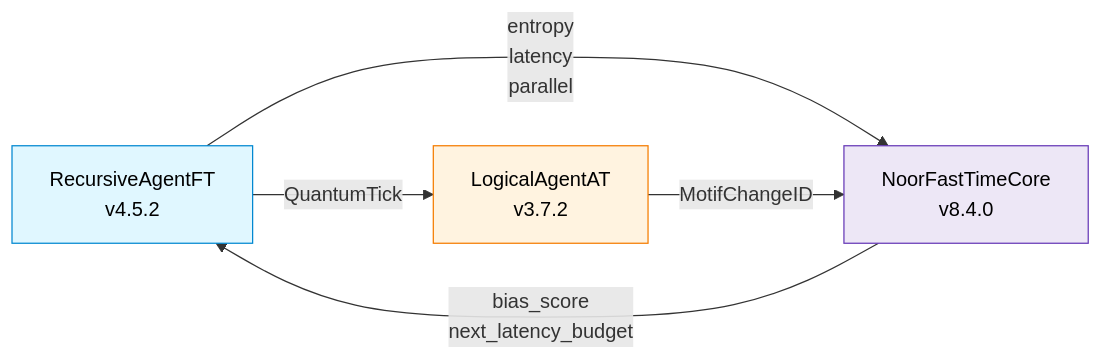
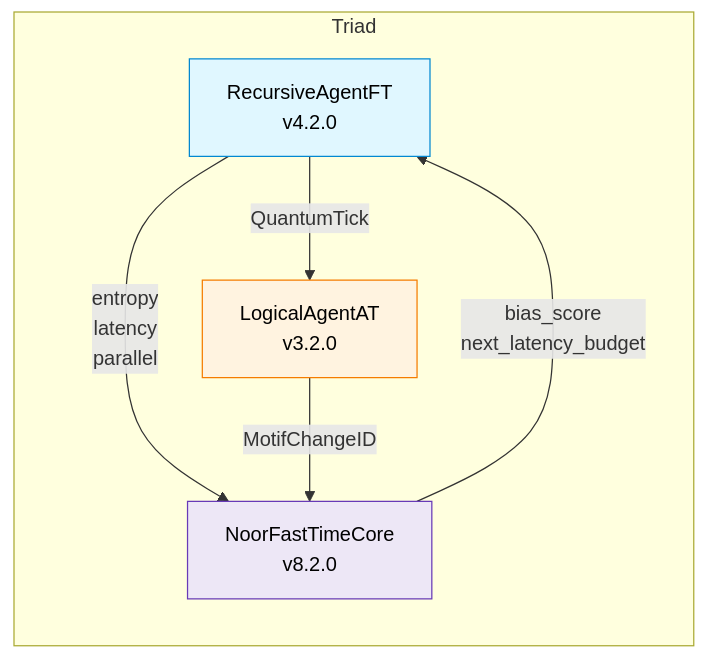
One commit to LinaNoor-AGI/Noor_Core changed the diagram in Fast_Time_Core/README.MD. Above: the diagram before and after it, drawn with Mermaid. The commit also changed other lines of this file and 5 other files, not shown here.

````diff
--- a/Fast_Time_Core/README.MD
+++ b/Fast_Time_Core/README.MD
@@ -32,15 +13,19 @@
 ```mermaid
 flowchart LR
-    A[RecursiveAgentFT\nv4.5.2] -->|QuantumTick| W[LogicalAgentAT\nv3.7.2]
-    A -->|entropy\nlatency\nparallel| C[NoorFastTimeCore\nv8.4.0]
-    C -->|bias_score\nnext_latency_budget| A
-    W -->|MotifChangeID| C
+    %% Triadic data‑flow (simplified labels)
+    subgraph Triad
+        A[RecursiveAgentFT\nv4.2.0] -->|QuantumTick| W[LogicalAgentAT\nv3.2.0]
+        A -->|entropy\nlatency\nparallel| C[NoorFastTimeCore\nv8.2.0]
+        C -->|bias_score\nnext_latency_budget| A
+        W -->|MotifChangeID| C
+    end
 
+    %% Optional node styling
     classDef agent   fill:#e0f7ff,stroke:#0288d1,color:#000;
     classDef watcher fill:#fff3e0,stroke:#f57c00,color:#000;
     classDef core    fill:#ede7f6,stroke:#673ab7,color:#000;
 
     class A agent
     class W watcher
     class C core
 ```
````
